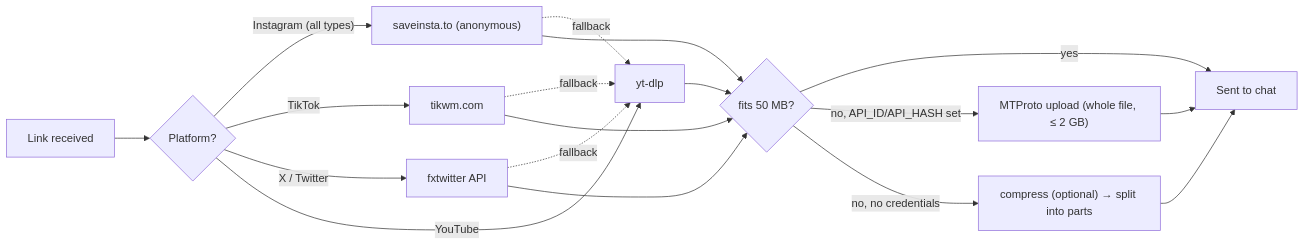
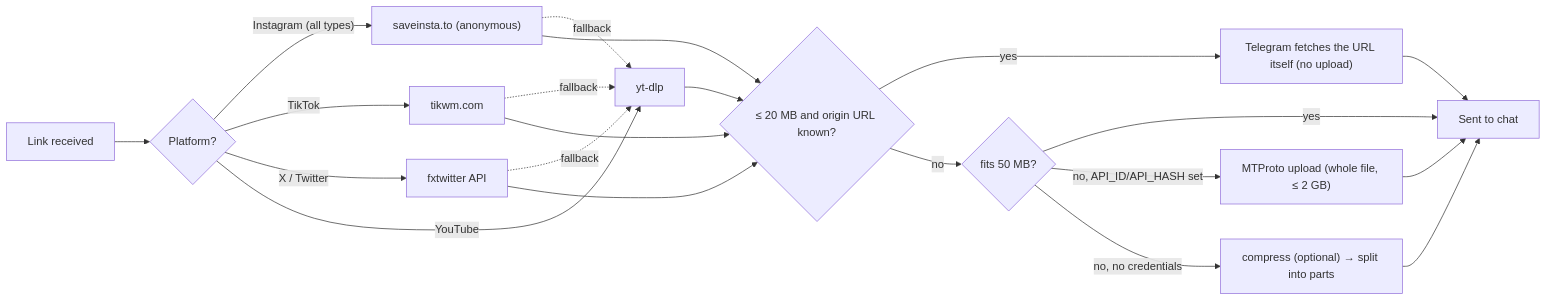
The diagram in README.md (m0hx65/LinkToClip), drawn with Mermaid before and after one commit. The commit also changed other lines of this file and 3 other files, not shown here.

First line of the commit message:
Let Telegram fetch media by URL instead of re-uploading it

````diff
--- a/README.md
+++ b/README.md
@@ -36,15 +36,17 @@
 ```mermaid
 flowchart LR
     A[Link received] --> B{Platform?}
     B -- "Instagram (all types)" --> S["saveinsta.to (anonymous)"]
     B -- "TikTok" --> TK[tikwm.com]
     B -- "X / Twitter" --> FX[fxtwitter API]
     B -- "YouTube" --> Y[yt-dlp]
     S -. fallback .-> Y
     TK -. fallback .-> Y
     FX -. fallback .-> Y
-    S & TK & FX & Y --> SZ{"fits 50 MB?"}
-    SZ -- "yes" --> OK[Sent to chat]
+    S & TK & FX & Y --> U{"≤ 20 MB and origin URL known?"}
+    U -- "yes" --> URL["Telegram fetches the URL itself (no upload)"] --> OK[Sent to chat]
+    U -- "no" --> SZ{"fits 50 MB?"}
+    SZ -- "yes" --> OK
     SZ -- "no, API_ID/API_HASH set" --> MT["MTProto upload (whole file, ≤ 2 GB)"] --> OK
     SZ -- "no, no credentials" --> CP["compress (optional) → split into parts"] --> OK
 ```
````
